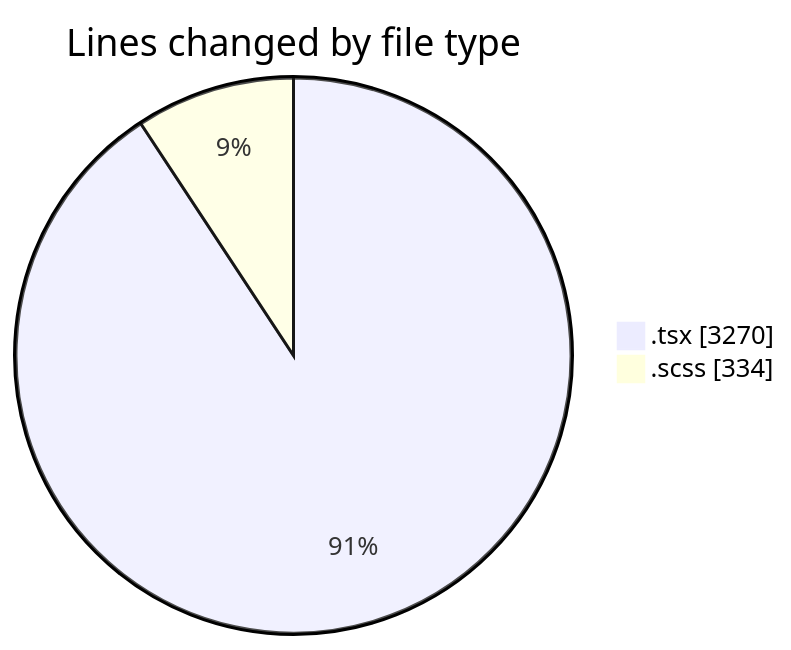
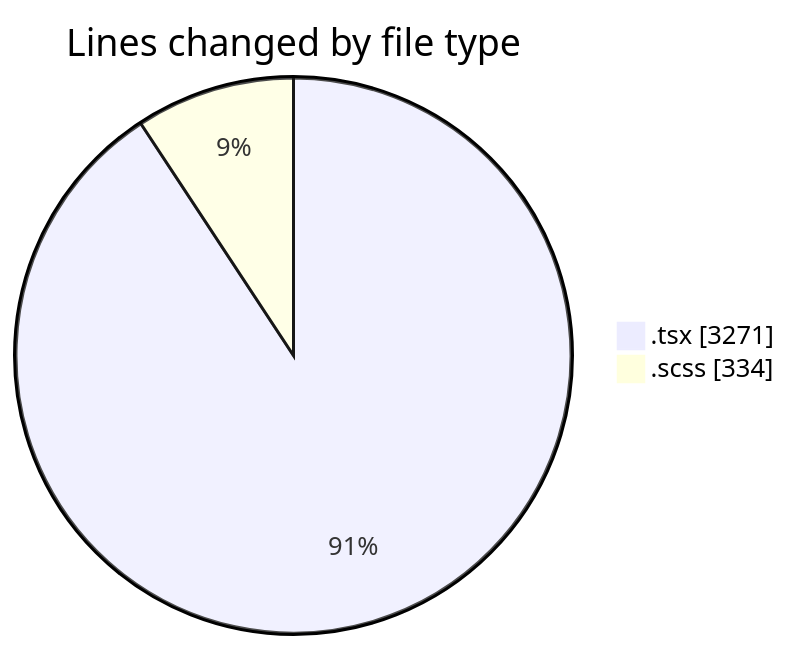
Before and after one commit to momahboobian/code-tracking: the first of 2 diagrams in 2026-10-20/cda/README.md, drawn with Mermaid. The commit also changed other lines of this file and 1 other file, not shown here.

````diff
--- a/2026-10-20/cda/README.md
+++ b/2026-10-20/cda/README.md
@@ -32,6 +32,6 @@
 ```mermaid
 pie showData
 title Lines changed by file type
-".tsx" : 3270
+".tsx" : 3271
 ".scss" : 334
 ```
````
